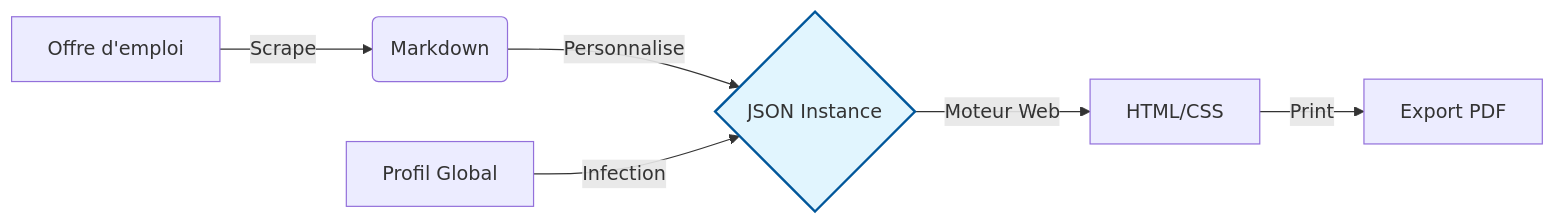
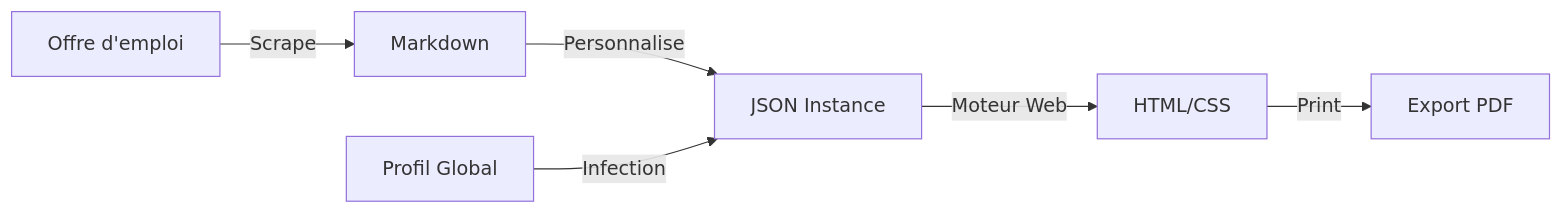
Before and after one commit to RomeoCavazza/open-cv: the diagram in README.md, drawn with Mermaid. The commit also changed 186 other files, not shown here.

````diff
--- a/README.md
+++ b/README.md
@@ -67,9 +67,8 @@
 ```mermaid
 graph LR
-    A[Offre d'emploi] -->|Scrape| B(Markdown)
-    B -->|Personnalise| C{JSON Instance}
+    A[Offre d'emploi] -->|Scrape| B[Markdown]
+    B -->|Personnalise| C[JSON Instance]
     D[Profil Global] -->|Infection| C
     C -->|Moteur Web| E[HTML/CSS]
     E -->|Print| F[Export PDF]
-    style C fill:#e1f5fe,stroke:#01579b,stroke-width:2px
 ```
````
